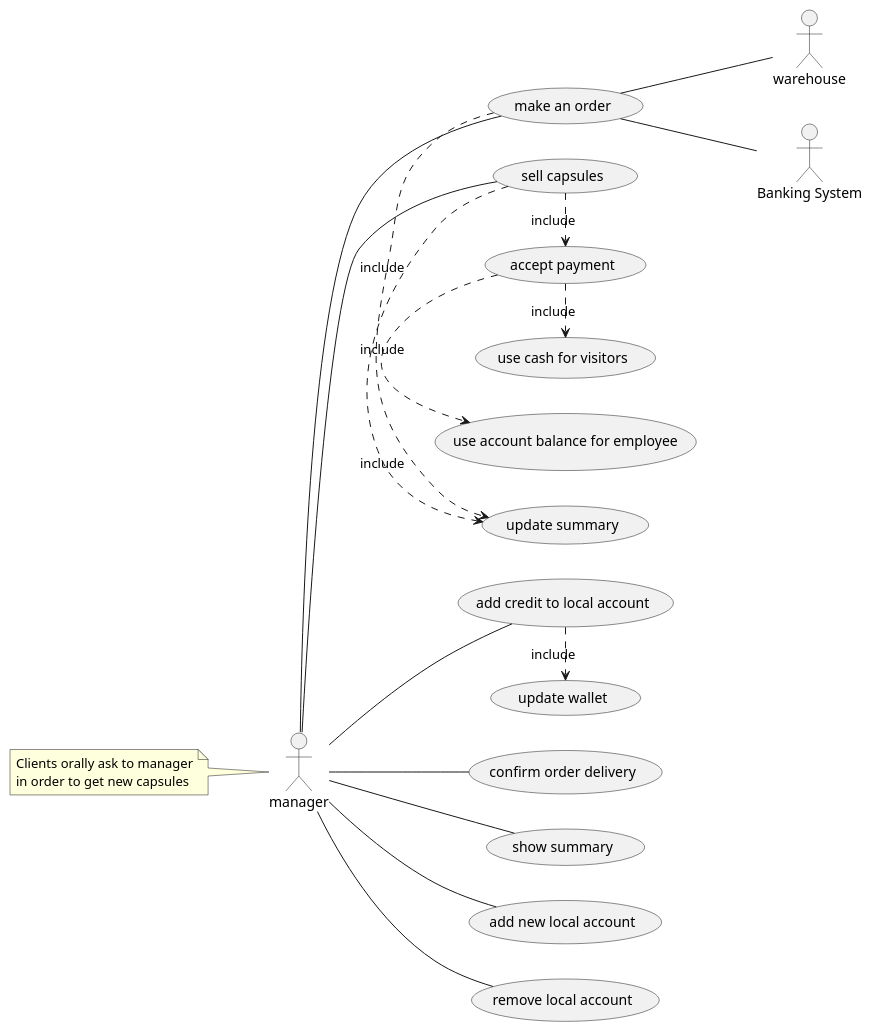
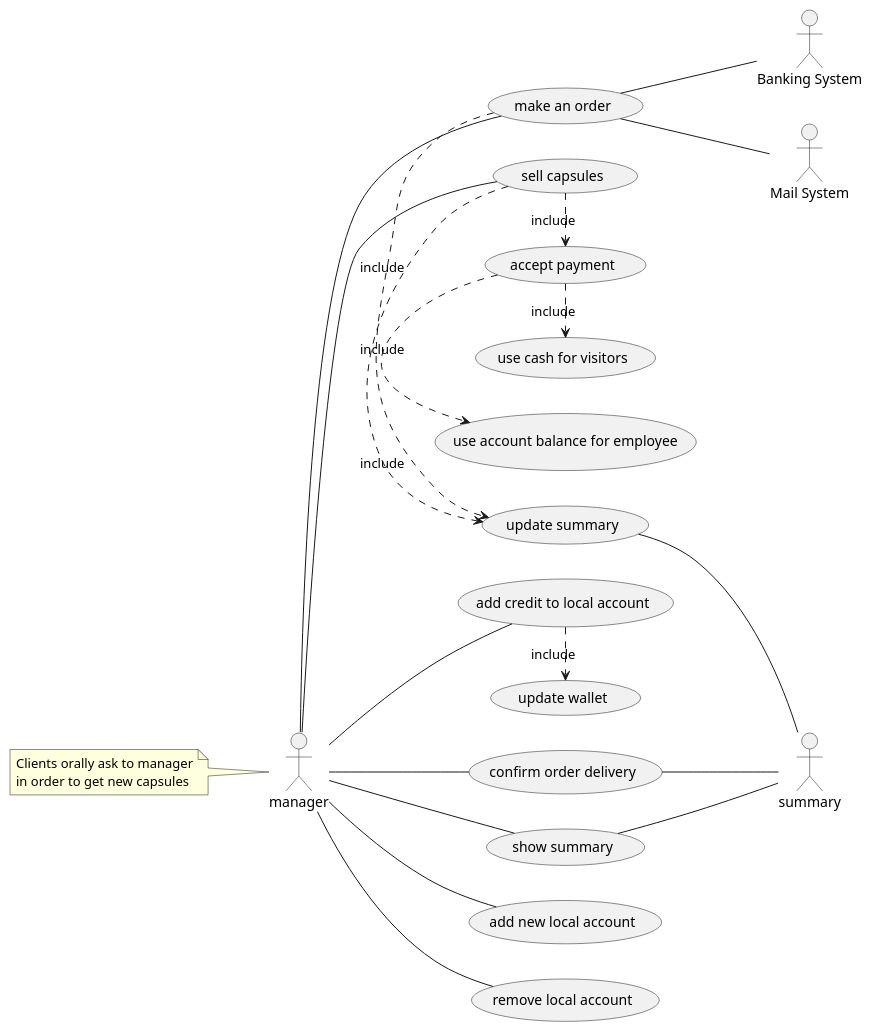
Before and after one commit to DarkSee/LaTazza: the second of 4 diagrams in templates/RequirementsTemplate.md, drawn with PlantUML. The commit also changed other lines of this file, not shown here.

````diff
--- a/templates/RequirementsTemplate.md
+++ b/templates/RequirementsTemplate.md
@@ -167,34 +167,38 @@
 ```plantuml
 left to right direction
 skinparam packageStyle rectangular
 
-actor warehouse as w
+actor "Mail System" as ms
+actor summary as s
 actor manager as m
 note left 
         Clients orally ask to manager
         in order to get new capsules 
 end note
 
 actor "Banking System" as bs
 
 
 m -- (sell capsules)
 m -- (make an order)
 m -- (confirm order delivery)
+(confirm order delivery) -- s
 m -- (show summary)
+(show summary) -- s
 m -- (add credit to local account)
 m -- (add new local account)
 m -- (remove local account)
+(update summary) -- s
 
 (make an order) -- bs
-(make an order) -- w
+(make an order) -- ms
 (make an order) .> (update summary) : include
 
 
 (sell capsules) .> (accept payment): include
 (accept payment) .> (use account balance for employee): include
 (accept payment) .> (use cash for visitors) : include
 (sell capsules) .> (update summary) : include
 (add credit to local account) .> (update wallet) : include
 
 ```
````
